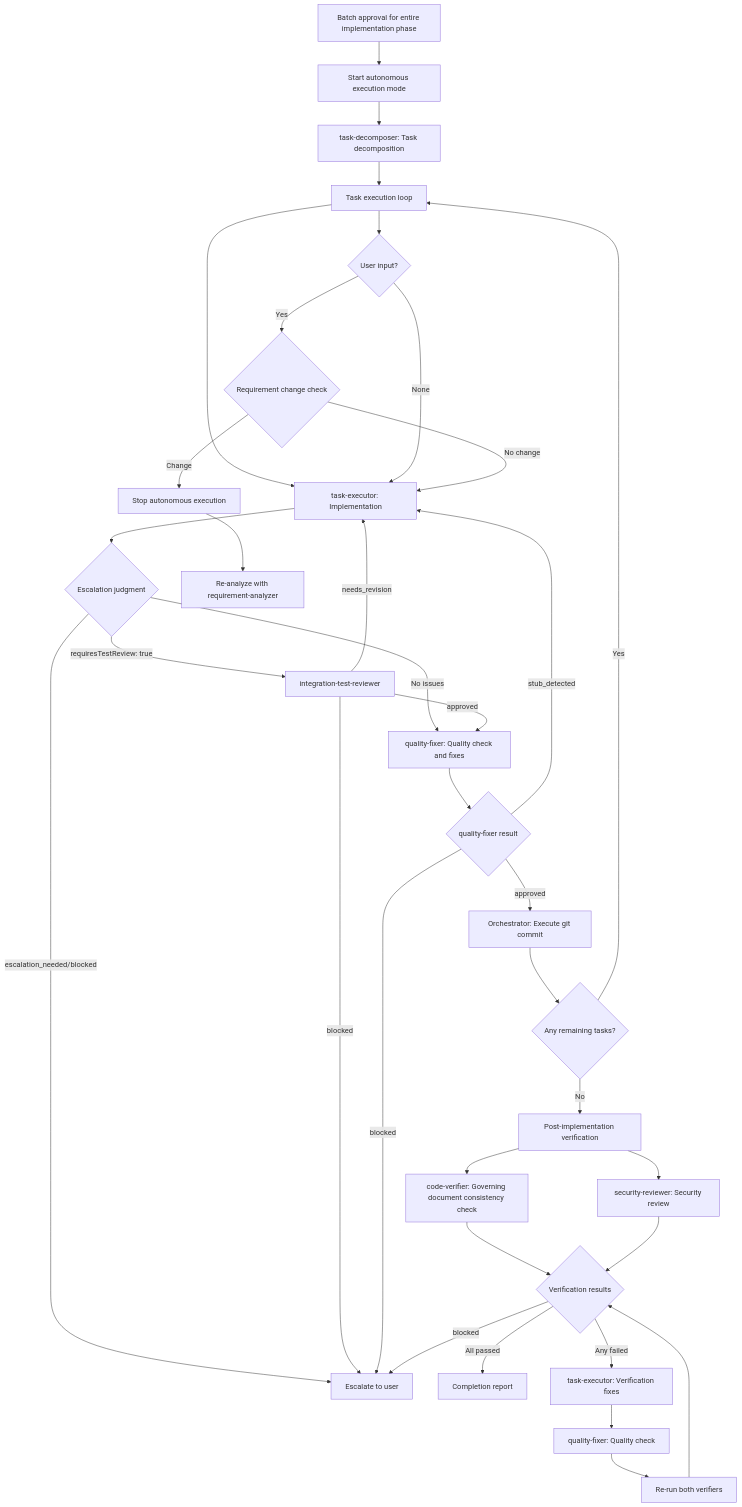
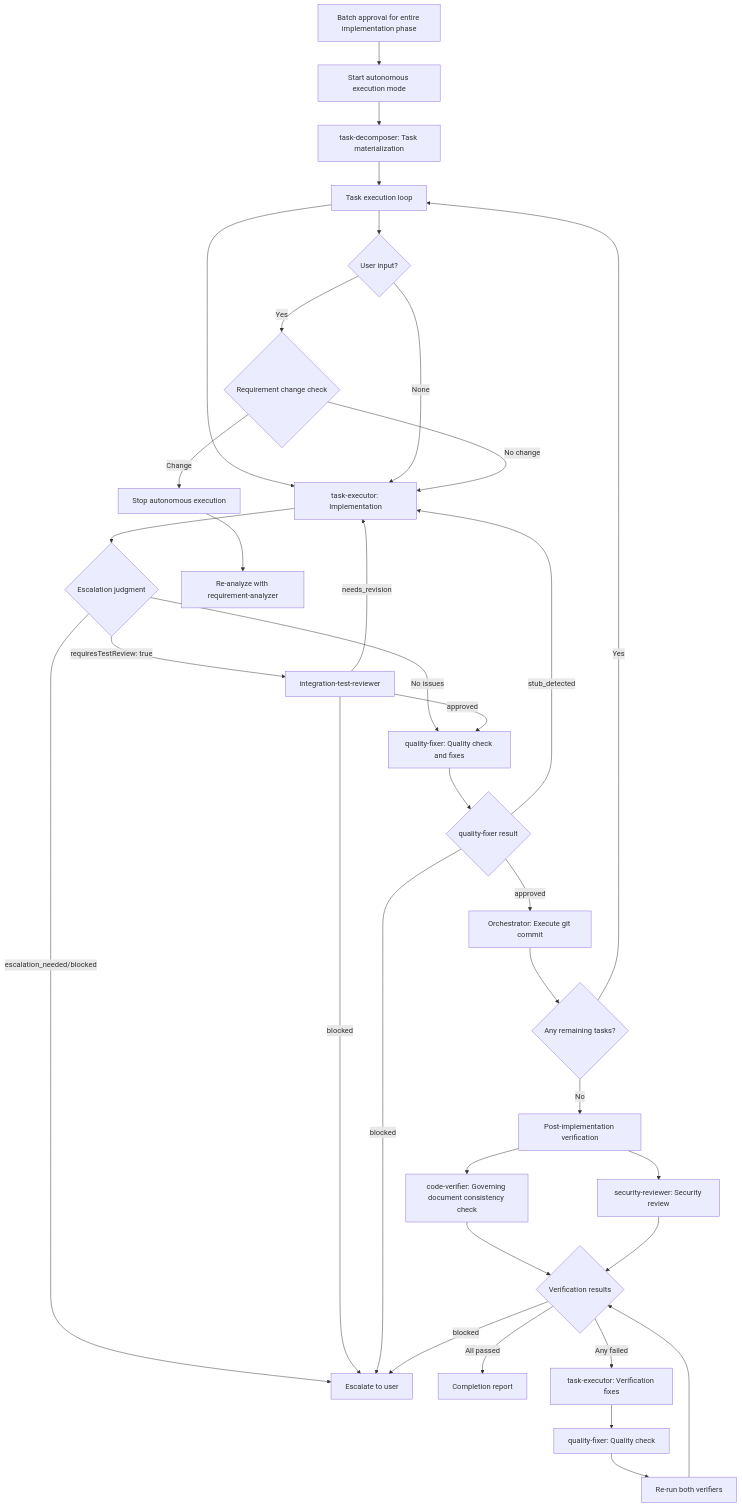
One commit to shinpr/claude-code-workflows changed the diagram in dev-workflows-frontend/skills/subagents-orchestration-guide/SKILL.md. Above: the diagram before and after it, drawn with Mermaid. The commit also changed 45 other files, not shown here.

````diff
--- a/dev-workflows-frontend/skills/subagents-orchestration-guide/SKILL.md
+++ b/dev-workflows-frontend/skills/subagents-orchestration-guide/SKILL.md
@@ -245,38 +245,38 @@
 ```mermaid
 graph TD
     START[Batch approval for entire implementation phase] --> AUTO[Start autonomous execution mode]
-    AUTO --> TD[task-decomposer: Task decomposition]
+    AUTO --> TD[task-decomposer: Task materialization]
     TD --> LOOP[Task execution loop]
     LOOP --> TE[task-executor: Implementation]
     TE --> ESCJUDGE{Escalation judgment}
     ESCJUDGE -->|escalation_needed/blocked| USERESC[Escalate to user]
     ESCJUDGE -->|requiresTestReview: true| ITR[integration-test-reviewer]
     ESCJUDGE -->|No issues| QF
     ITR -->|needs_revision| TE
     ITR -->|approved| QF
     ITR -->|blocked| USERESC
     QF[quality-fixer: Quality check and fixes] --> QFJUDGE{quality-fixer result}
     QFJUDGE -->|stub_detected| TE
     QFJUDGE -->|approved| COMMIT[Orchestrator: Execute git commit]
     QFJUDGE -->|blocked| USERESC
     COMMIT --> CHECK{Any remaining tasks?}
     CHECK -->|Yes| LOOP
     CHECK -->|No| VERIFY[Post-implementation verification]
     VERIFY --> CV[code-verifier: Governing document consistency check]
     VERIFY --> SEC[security-reviewer: Security review]
     CV --> VRESULT{Verification results}
     SEC --> VRESULT
     VRESULT -->|All passed| REPORT[Completion report]
     VRESULT -->|Any failed| VFIX[task-executor: Verification fixes]
     VFIX --> QF2[quality-fixer: Quality check]
     QF2 --> REVERIFY[Re-run both verifiers]
     REVERIFY --> VRESULT
     VRESULT -->|blocked| USERESC
 
     LOOP --> INTERRUPT{User input?}
     INTERRUPT -->|None| TE
     INTERRUPT -->|Yes| REQCHECK{Requirement change check}
     REQCHECK -->|No change| TE
     REQCHECK -->|Change| STOP[Stop autonomous execution]
     STOP --> RA[Re-analyze with requirement-analyzer]
 ```
````
